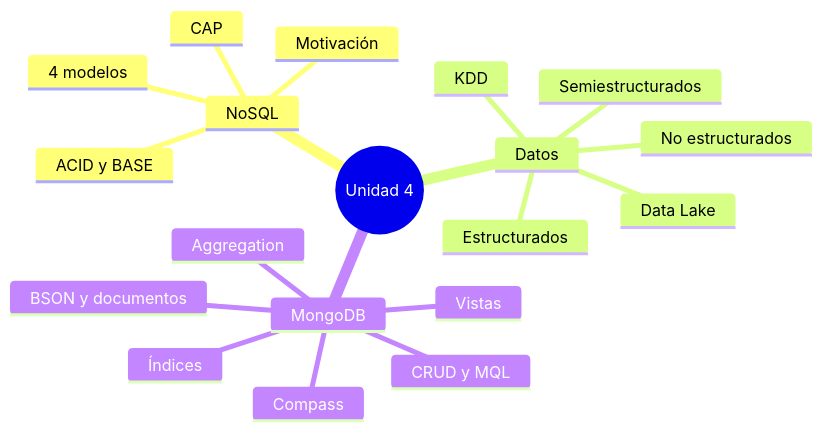
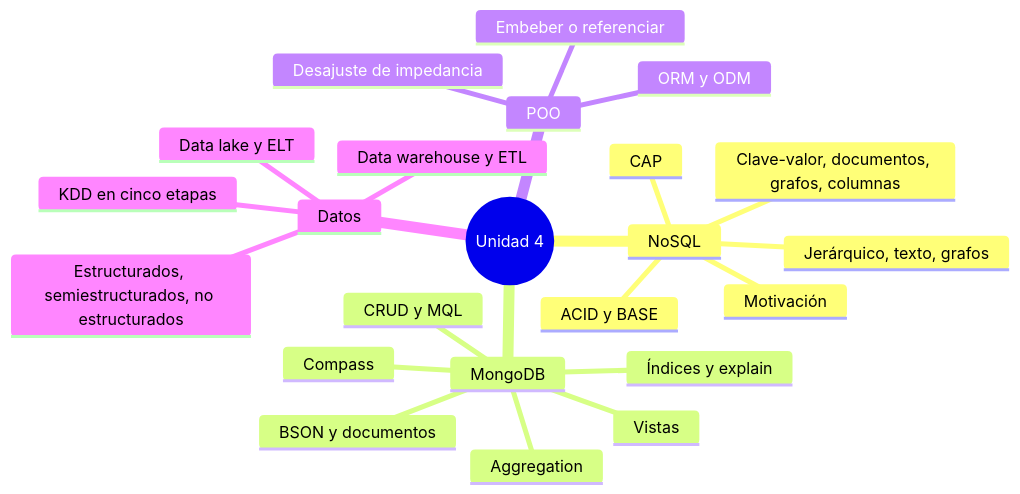
One commit to unlam-informatica/unlam-informatica.github.io changed the first of 2 diagrams in src/content/docs/bbdd-aplicadas/unidad-4/teoria/guia-parcial.md. Above: the diagram before and after it, drawn with Mermaid. The commit also changed other lines of this file and 100 other files, not shown here.

````diff
--- a/src/content/docs/bbdd-aplicadas/unidad-4/teoria/guia-parcial.md
+++ b/src/content/docs/bbdd-aplicadas/unidad-4/teoria/guia-parcial.md
@@ -15,22 +32,26 @@
 ```mermaid
 mindmap
   root((Unidad 4))
     NoSQL
       Motivación
+      Jerárquico, texto, grafos
       ACID y BASE
       CAP
-      4 modelos
-    Datos
-      Estructurados
-      Semiestructurados
-      No estructurados
-      Data Lake
-      KDD
+      Clave-valor, documentos, grafos, columnas
     MongoDB
       BSON y documentos
       CRUD y MQL
       Aggregation
-      Índices
+      Índices y explain
       Vistas
       Compass
+    POO
+      Desajuste de impedancia
+      Embeber o referenciar
+      ORM y ODM
+    Datos
+      Estructurados, semiestructurados, no estructurados
+      Data warehouse y ETL
+      Data lake y ELT
+      KDD en cinco etapas
 ```
````
